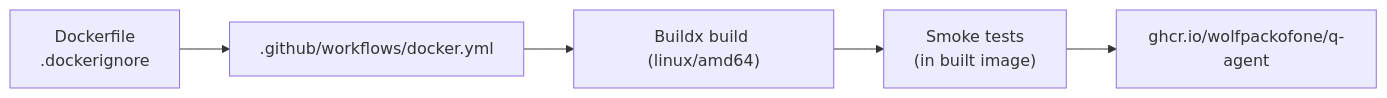
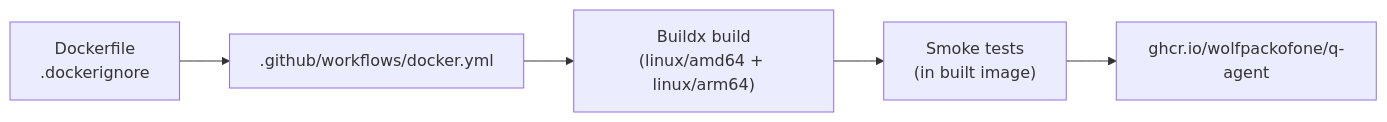
One commit to WolfpackOfOne/Q-agent changed the fifth of 5 diagrams in docs/architecture.md. Above: the diagram before and after it, drawn with Mermaid. The commit also changed other lines of this file, not shown here.

Commit message:
Docs audit: align architecture pipeline paths

````diff
--- a/docs/architecture.md
+++ b/docs/architecture.md
@@ -251,13 +232,13 @@
 ```mermaid
 graph LR
     SRC["Dockerfile<br/>.dockerignore"]
     CI[".github/workflows/docker.yml"]
-    BLD["Buildx build (linux/amd64)"]
+    BLD["Buildx build<br/>(linux/amd64 + linux/arm64)"]
     SMK["Smoke tests<br/>(in built image)"]
     GHCR["ghcr.io/wolfpackofone/q-agent"]
 
     SRC --> CI
     CI --> BLD
     BLD --> SMK
     SMK --> GHCR
 ```
````
